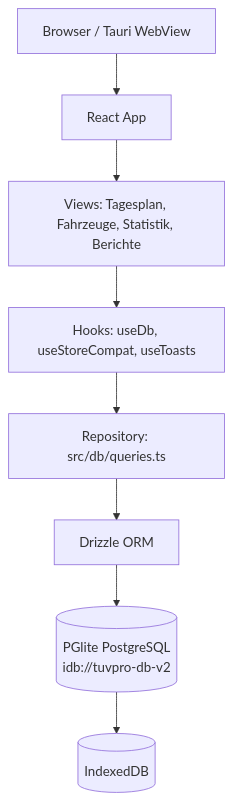
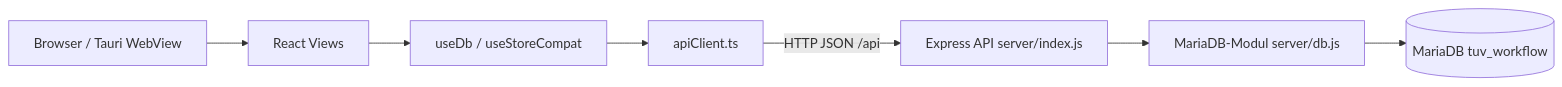
One commit to maroxd3/tuv-workflow-web changed the first of 2 diagrams in docs/design.md. Above: the diagram before and after it, drawn with Mermaid. The commit also changed other lines of this file and 25 other files, not shown here.

````diff
--- a/docs/design.md
+++ b/docs/design.md
@@ -8,19 +10,14 @@
 ```mermaid
-flowchart TB
+flowchart LR
   user[Browser / Tauri WebView]
-  app[React App]
-  views[Views: Tagesplan, Fahrzeuge, Statistik, Berichte]
-  hooks[Hooks: useDb, useStoreCompat, useToasts]
-  repo[Repository: src/db/queries.ts]
-  orm[Drizzle ORM]
-  db[(PGlite PostgreSQL<br/>idb://tuvpro-db-v2)]
-  idb[(IndexedDB)]
+  ui[React Views]
+  hook[useDb / useStoreCompat]
+  apiClient[apiClient.ts]
+  api[Express API server/index.js]
+  dbmod[MariaDB-Modul server/db.js]
+  maria[(MariaDB tuv_workflow)]
 
-  user --> app
-  app --> views
-  views --> hooks
-  hooks --> repo
-  repo --> orm
-  orm --> db
-  db --> idb
+  user --> ui --> hook --> apiClient
+  apiClient -->|HTTP JSON /api| api
+  api --> dbmod --> maria
 ```
````
